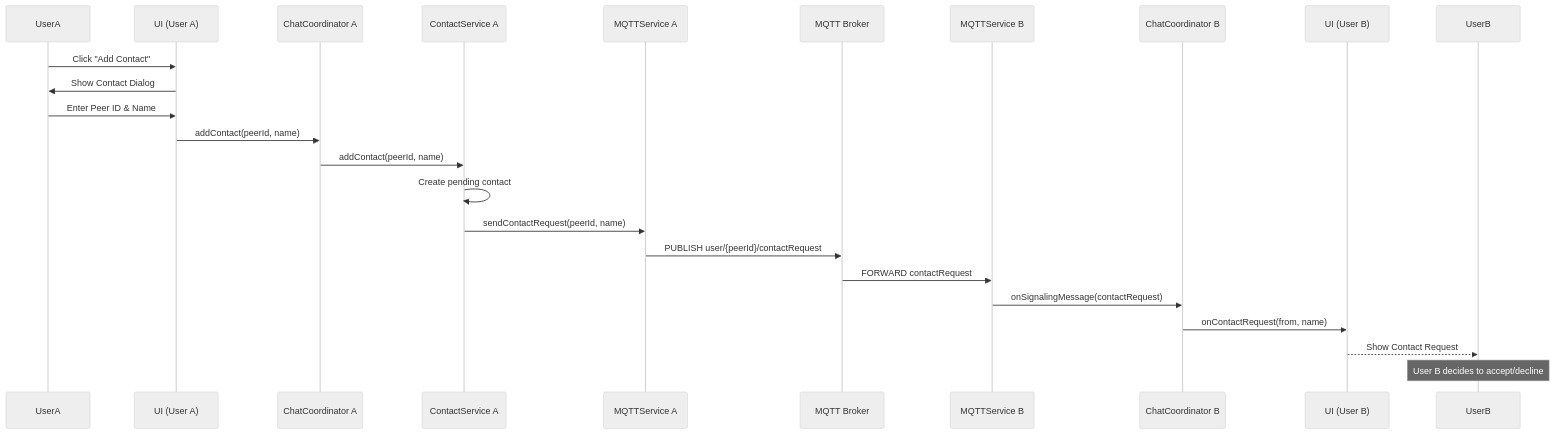
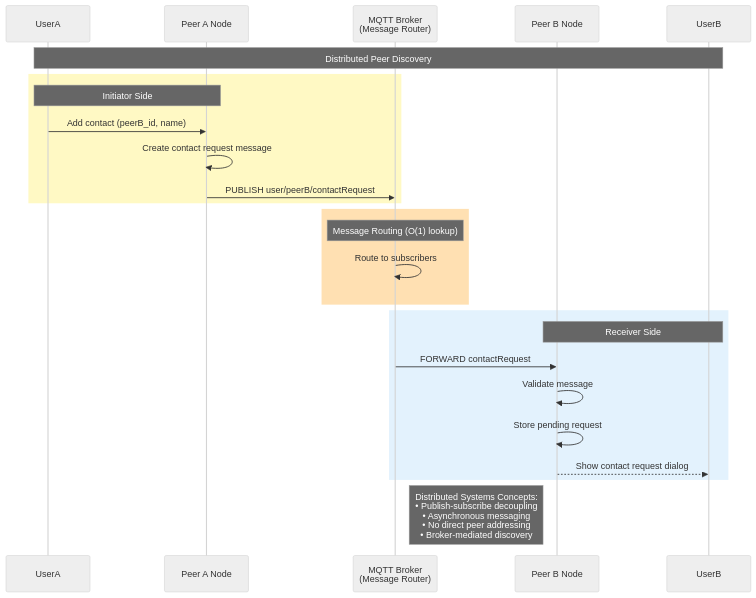
The second of 8 diagrams in docs/sequence-diagrams.md (amr-kasem/distributed-systems-react-chat-peer), drawn with Mermaid (neutral theme) before and after one commit. The commit also changed other lines of this file and 7 other files, not shown here.

````diff
--- a/docs/sequence-diagrams.md
+++ b/docs/sequence-diagrams.md
@@ -30,28 +60,32 @@
 ```mermaid
 sequenceDiagram
     participant UserA
-    participant UI_A as UI (User A)
-    participant Coord_A as ChatCoordinator A
-    participant Contact_A as ContactService A
-    participant MQTT_A as MQTTService A
-    participant Broker as MQTT Broker
-    participant MQTT_B as MQTTService B
-    participant Coord_B as ChatCoordinator B
-    participant UI_B as UI (User B)
+    participant PeerA as Peer A Node
+    participant Broker as MQTT Broker<br/>(Message Router)
+    participant PeerB as Peer B Node
     participant UserB
     
-    UserA->>UI_A: Click "Add Contact"
-    UI_A->>UserA: Show Contact Dialog
-    UserA->>UI_A: Enter Peer ID & Name
-    UI_A->>Coord_A: addContact(peerId, name)
-    Coord_A->>Contact_A: addContact(peerId, name)
-    Contact_A->>Contact_A: Create pending contact
-    Contact_A->>MQTT_A: sendContactRequest(peerId, name)
-    MQTT_A->>Broker: PUBLISH user/{peerId}/contactRequest
-    Broker->>MQTT_B: FORWARD contactRequest
-    MQTT_B->>Coord_B: onSignalingMessage(contactRequest)
-    Coord_B->>UI_B: onContactRequest(from, name)
-    UI_B-->>UserB: Show Contact Request
+    Note over UserA,UserB: Distributed Peer Discovery
     
-    Note over UserB: User B decides to accept/decline
+    rect rgb(255, 249, 196)
+        Note over UserA,PeerA: Initiator Side
+        UserA->>PeerA: Add contact (peerB_id, name)
+        PeerA->>PeerA: Create contact request message
+        PeerA->>Broker: PUBLISH user/peerB/contactRequest
+    end
+    
+    rect rgb(255, 224, 178)
+        Note over Broker: Message Routing (O(1) lookup)
+        Broker->>Broker: Route to subscribers
+    end
+    
+    rect rgb(227, 242, 253)
+        Note over PeerB,UserB: Receiver Side
+        Broker->>PeerB: FORWARD contactRequest
+        PeerB->>PeerB: Validate message
+        PeerB->>PeerB: Store pending request
+        PeerB-->>UserB: Show contact request dialog
+    end
+    
+    Note right of Broker: Distributed Systems Concepts:<br/>• Publish-subscribe decoupling<br/>• Asynchronous messaging<br/>• No direct peer addressing<br/>• Broker-mediated discovery
 ```
````
